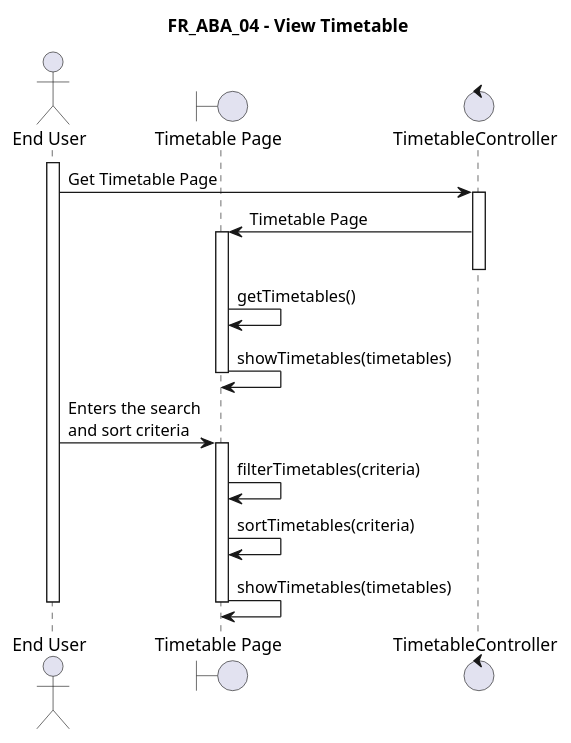
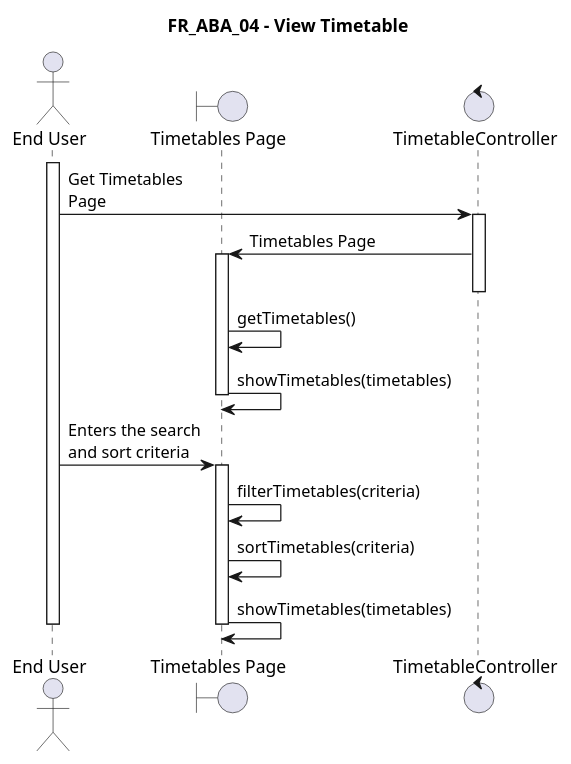
Before and after one commit to AdmiJW/UTM-FC-Scheduler-UML: the diagram in sequence/end-user/FR_ABA_04.plantuml, drawn with PlantUML. The commit also changed 120 other files, not shown here.

Commit message:
JW: Complete Sequence Diagram

```diff
--- a/sequence/end-user/FR_ABA_04.plantuml
+++ b/sequence/end-user/FR_ABA_04.plantuml
@@ -1,25 +1,25 @@
 @startuml FR_ABA_04
 title FR_ABA_04 - View Timetable
 skinparam maxMessageSize 125
 
 actor "End User" as eu
-boundary "Timetable Page" as fe
+boundary "Timetables Page" as fe
 control "TimetableController" as ct
 ' entity "Timetable" as en
 ' database "Database" as db
 
 activate eu
 
-eu -> ct ++ : Get Timetable Page
-ct -> fe ++-- : Timetable Page
+eu -> ct ++ : Get Timetables Page
+ct -> fe ++-- : Timetables Page
 fe -> fe : getTimetables()
 fe -> fe -- : showTimetables(timetables)
 
 eu -> fe ++ : Enters the search and sort criteria
 fe -> fe : filterTimetables(criteria)
 fe -> fe : sortTimetables(criteria)
 fe -> fe -- : showTimetables(timetables)
 
 deactivate eu
 
 @enduml
```
